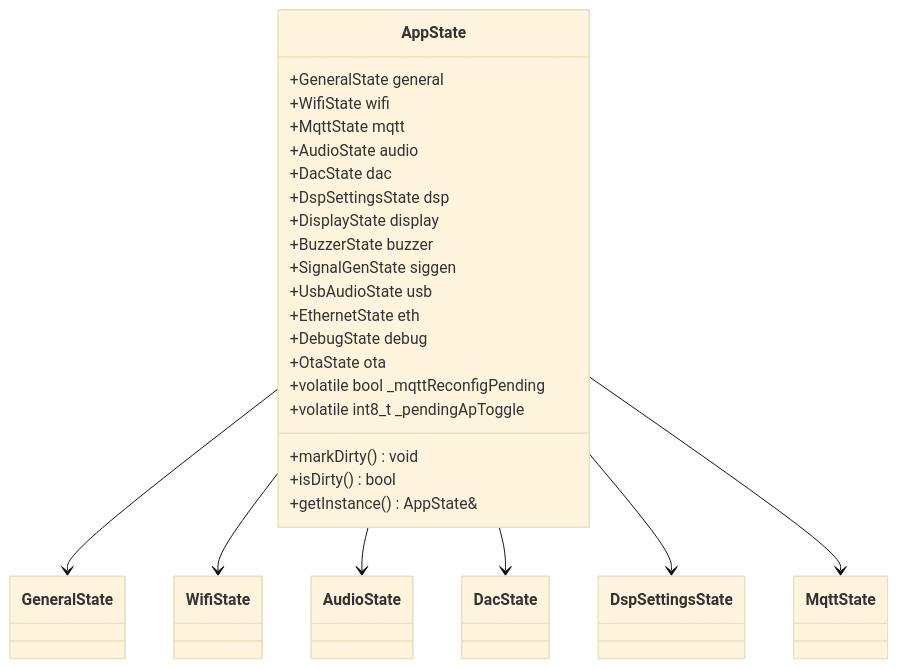
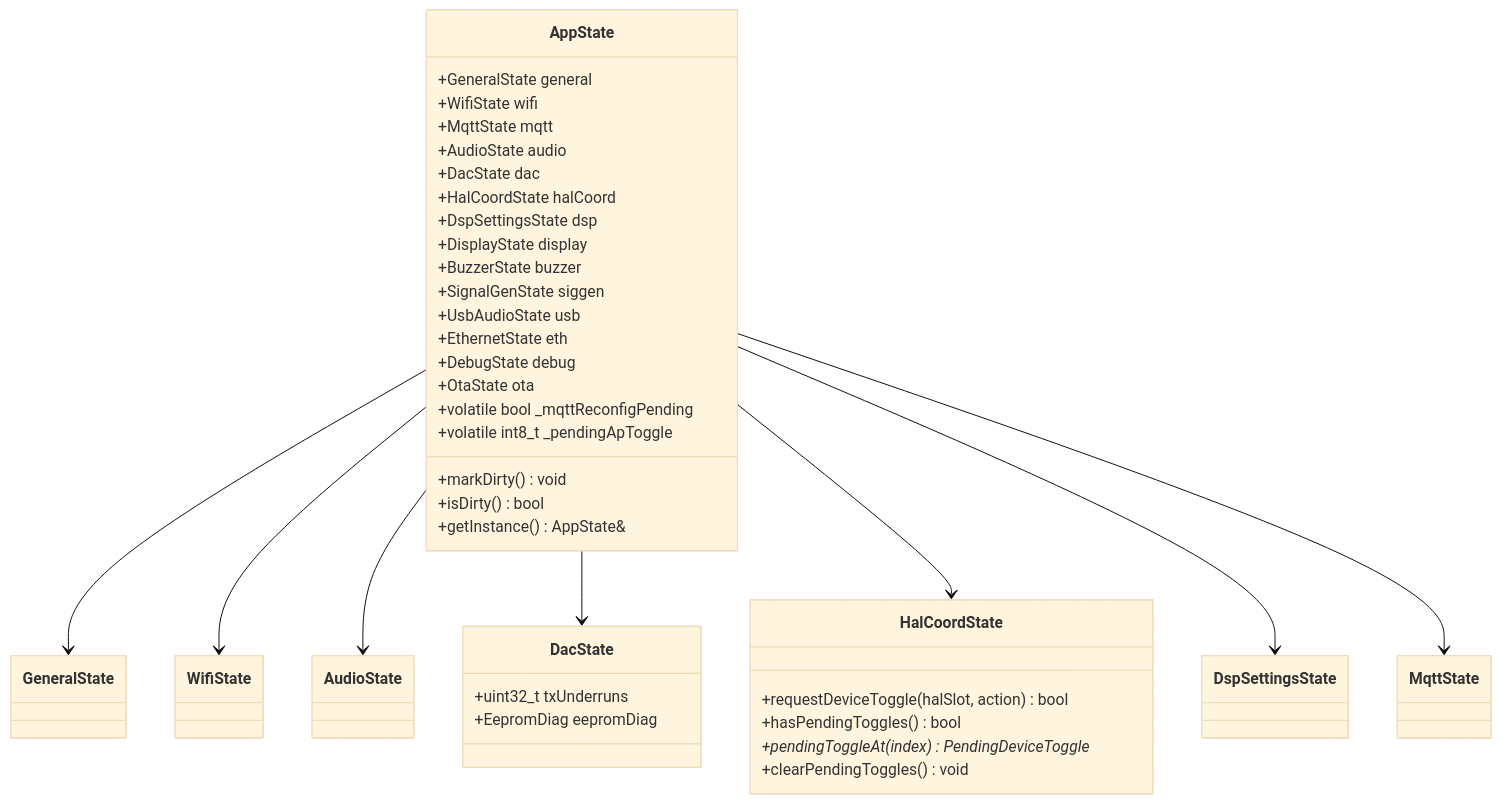
The third of 6 diagrams in docs-site/docs/developer/architecture.md (Schmackos/ALX_Nova_Controller_2), drawn with Mermaid (base theme) before and after one commit. The commit also changed other lines of this file and 1 other file, not shown here.

Commit message:
docs: fix stale DacState/toggle refs — architecture.md, overview.md

````diff
--- a/docs-site/docs/developer/architecture.md
+++ b/docs-site/docs/developer/architecture.md
@@ -191,29 +191,41 @@
 ```mermaid
 classDiagram
     class AppState {
         +GeneralState general
         +WifiState wifi
         +MqttState mqtt
         +AudioState audio
         +DacState dac
+        +HalCoordState halCoord
         +DspSettingsState dsp
         +DisplayState display
         +BuzzerState buzzer
         +SignalGenState siggen
         +UsbAudioState usb
         +EthernetState eth
         +DebugState debug
         +OtaState ota
         +volatile bool _mqttReconfigPending
         +volatile int8_t _pendingApToggle
         +markDirty() void
         +isDirty() bool
         +getInstance() AppState&
     }
+    class DacState {
+        +uint32_t txUnderruns
+        +EepromDiag eepromDiag
+    }
+    class HalCoordState {
+        +requestDeviceToggle(halSlot, action) bool
+        +hasPendingToggles() bool
+        +pendingToggleAt(index) PendingDeviceToggle*
+        +clearPendingToggles() void
+    }
     AppState --> GeneralState
     AppState --> WifiState
     AppState --> AudioState
     AppState --> DacState
+    AppState --> HalCoordState
     AppState --> DspSettingsState
     AppState --> MqttState
 ```
````
